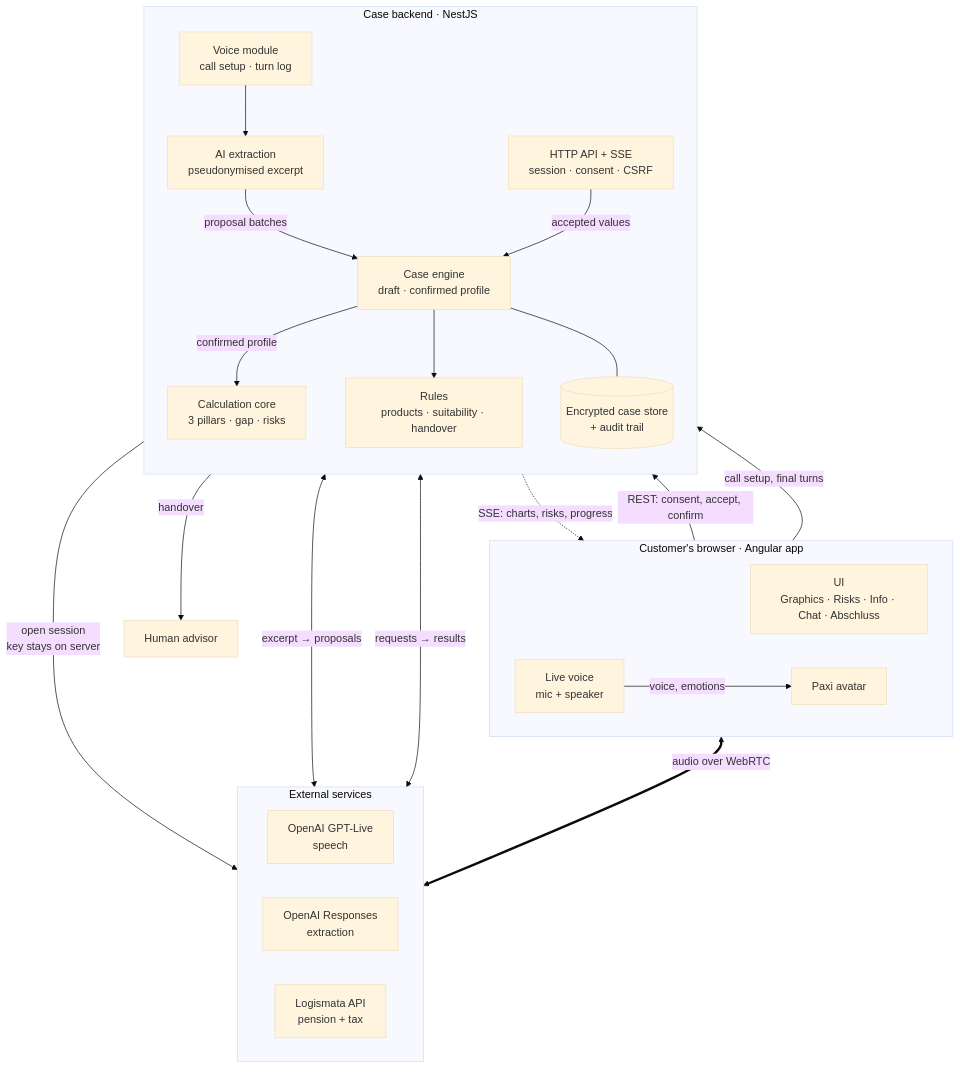
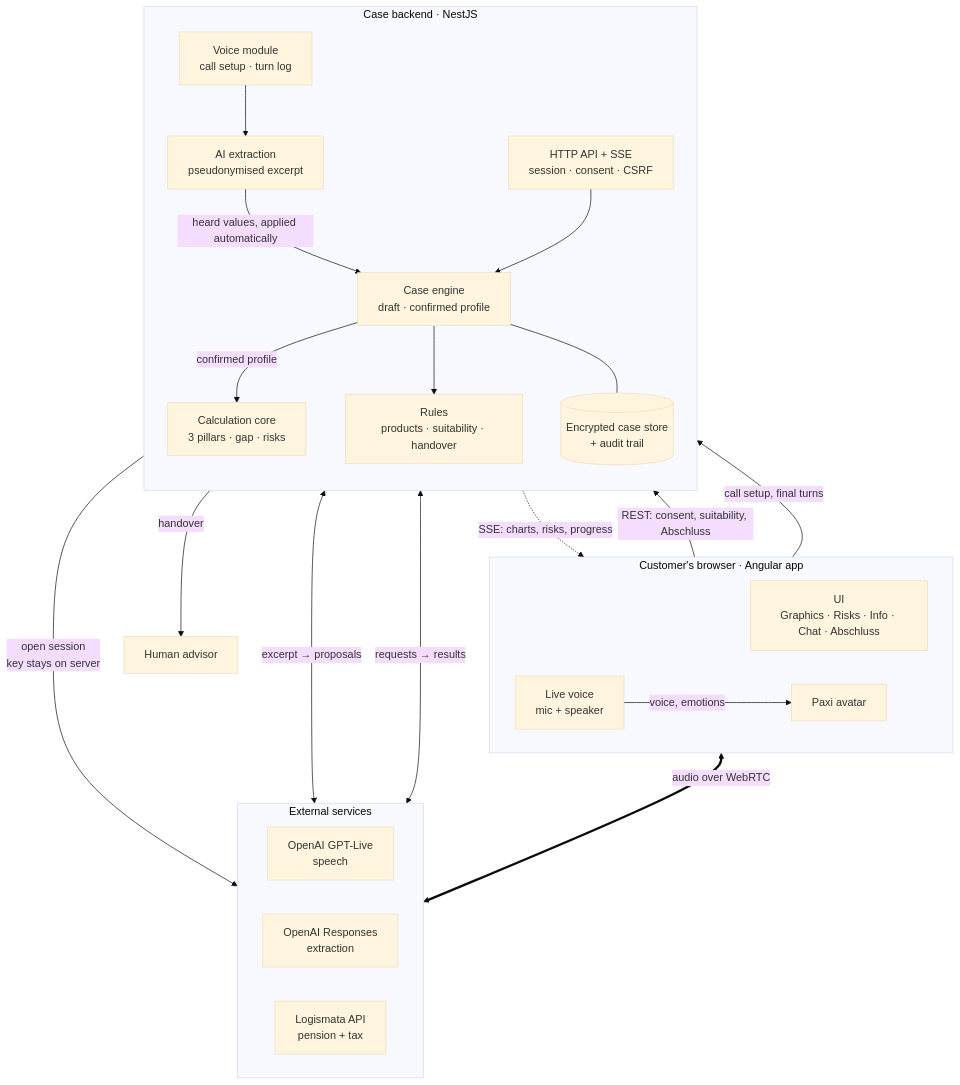
The diagram in readme.md (mannaluca02/basel_hack), drawn with Mermaid (base theme) before and after one commit.

Commit message:
docs: show automatic value application in the architecture diagram (#67, #74)

````diff
--- a/readme.md
+++ b/readme.md
@@ -42,45 +42,45 @@
 ```mermaid
 flowchart TB
   subgraph Browser["Customer's browser · Angular app"]
     direction LR
     UI["UI<br/>Graphics · Risks · Info · Chat · Abschluss"]
     LiveVoice["Live voice<br/>mic + speaker"]
     Avatar["Paxi avatar"]
   end
 
   subgraph Backend["Case backend · NestJS"]
     direction TB
     API["HTTP API + SSE<br/>session · consent · CSRF"]
     Voice["Voice module<br/>call setup · turn log"]
     AI["AI extraction<br/>pseudonymised excerpt"]
     Case["Case engine<br/>draft · confirmed profile"]
     Calc["Calculation core<br/>3 pillars · gap · risks"]
     Rules["Rules<br/>products · suitability · handover"]
     Store[("Encrypted case store<br/>+ audit trail")]
   end
 
   subgraph External["External services"]
     direction LR
     GPTLive["OpenAI GPT-Live<br/>speech"]
     Responses["OpenAI Responses<br/>extraction"]
     Logismata["Logismata API<br/>pension + tax"]
   end
 
   Human["Human advisor"]
 
-  UI -->|"REST: consent, accept, confirm"| API
+  UI -->|"REST: consent, suitability, Abschluss"| API
   API -.->|"SSE: charts, risks, progress"| UI
   LiveVoice -->|"call setup, final turns"| Voice
   LiveVoice <==>|"audio over WebRTC"| GPTLive
   LiveVoice -->|"voice, emotions"| Avatar
   Voice -->|"open session<br/>key stays on server"| GPTLive
   Voice --> AI
   AI <-->|"excerpt → proposals"| Responses
-  AI -->|"proposal batches"| Case
-  API -->|"accepted values"| Case
+  AI -->|"heard values, applied automatically"| Case
+  API --> Case
   Case -->|"confirmed profile"| Calc
   Calc <-->|"requests → results"| Logismata
   Case --> Rules
   Case --- Store
   Rules -->|"handover"| Human
 ```
````
